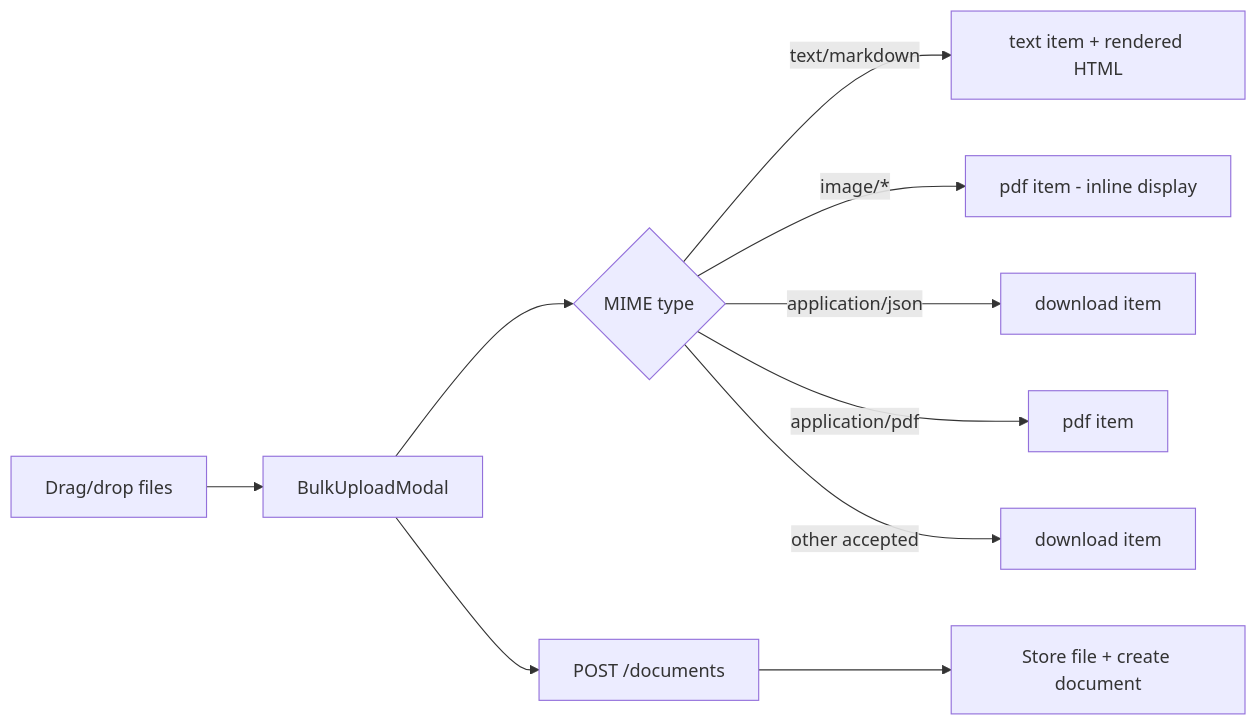
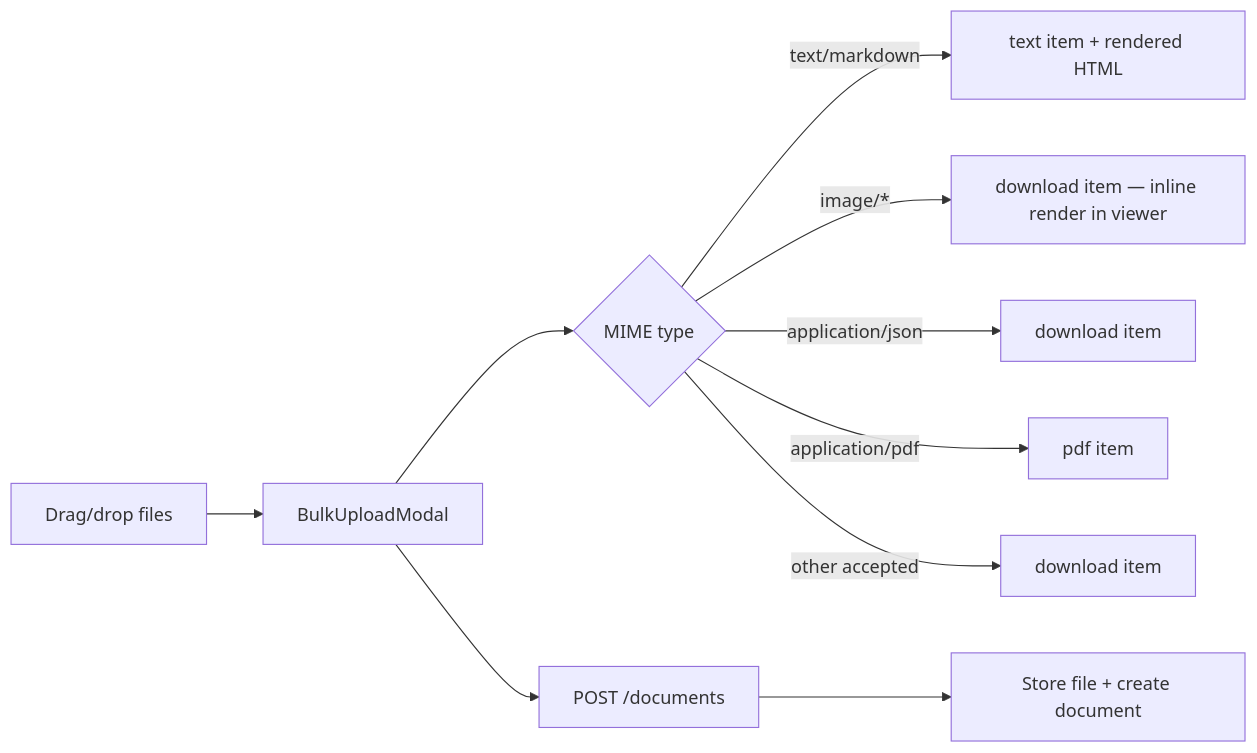
One commit to SM-Web-Systems/lms-crypto-production changed the first of 2 diagrams in docs/superpowers/specs/2026-08-11-upload-extensions-design.md. Above: the diagram before and after it, drawn with Mermaid. The commit also changed other lines of this file, not shown here.

First line of the commit message:
docs: update Phase 27 C1 spec — DOMPurify, image rendering, processZipPreview, extra tests

````diff
--- a/docs/superpowers/specs/2026-08-11-upload-extensions-design.md
+++ b/docs/superpowers/specs/2026-08-11-upload-extensions-design.md
@@ -223,12 +362,12 @@
 ```mermaid
 flowchart LR
     A[Drag/drop files] --> B[BulkUploadModal]
     B --> C{MIME type}
     C -->|text/markdown| D[text item + rendered HTML]
-    C -->|image/*| E[pdf item - inline display]
+    C -->|image/*| E[download item — inline render in viewer]
     C -->|application/json| F[download item]
     C -->|application/pdf| G[pdf item]
     C -->|other accepted| H[download item]
     B --> I[POST /documents]
     I --> J[Store file + create document]
 ```
````
